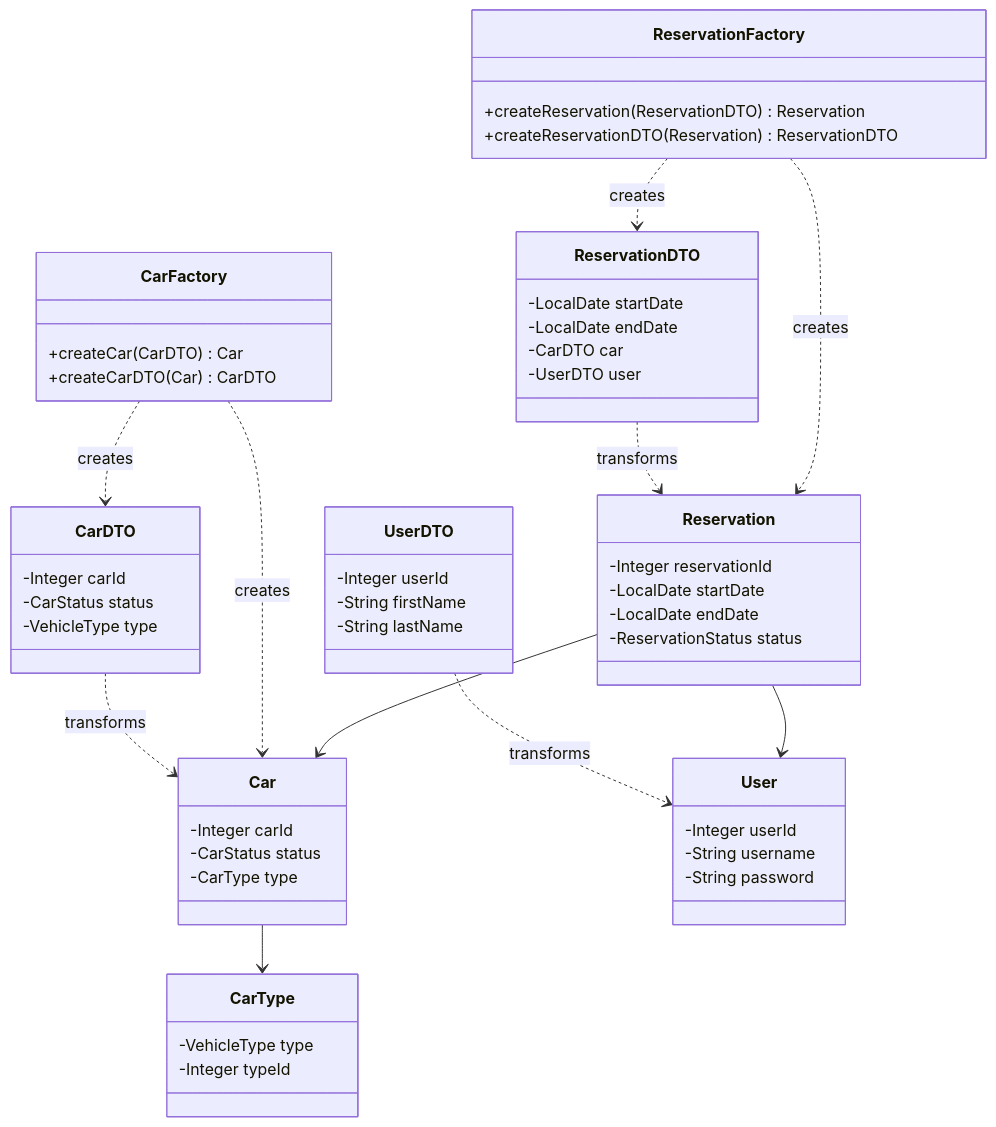
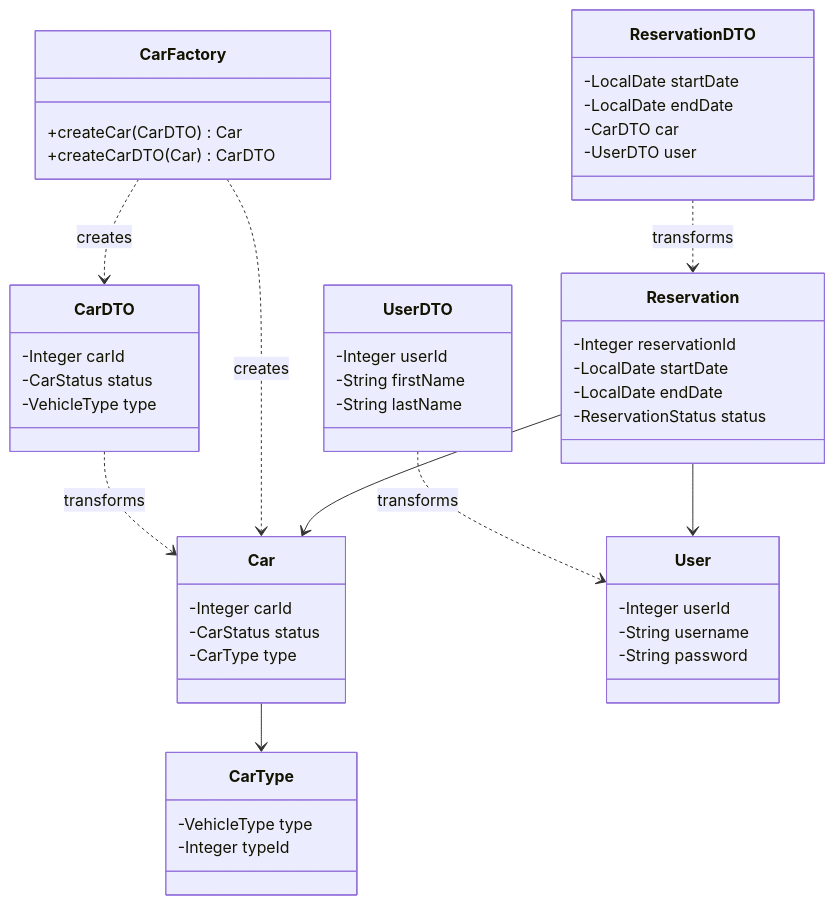
One commit to dmickelson/CarRentalProject changed the diagram in README.md. Above: the diagram before and after it, drawn with Mermaid.

````diff
--- a/README.md
+++ b/README.md
@@ -82,67 +82,61 @@
 ```mermaid
 classDiagram
     %% Core Domain Entities
     class Car {
         -Integer carId
         -CarStatus status
         -CarType type
     }
     class CarType {
         -VehicleType type
         -Integer typeId
     }
     class Reservation {
         -Integer reservationId
         -LocalDate startDate
         -LocalDate endDate
         -ReservationStatus status
     }
     class User {
         -Integer userId
         -String username
         -String password
     }
 
     %% DTOs
     class CarDTO {
         -Integer carId
         -CarStatus status
         -VehicleType type
     }
     class ReservationDTO {
         -LocalDate startDate
         -LocalDate endDate
         -CarDTO car
         -UserDTO user
     }
     class UserDTO {
         -Integer userId
         -String firstName
         -String lastName
     }
 
-    %% Factories
+    %% Factory
     class CarFactory {
         +createCar(CarDTO) Car
         +createCarDTO(Car) CarDTO
-    }
-    class ReservationFactory {
-        +createReservation(ReservationDTO) Reservation
-        +createReservationDTO(Reservation) ReservationDTO
     }
 
     %% Relationships
     Car --> CarType
     Reservation --> Car
     Reservation --> User
 
     CarFactory ..> Car : creates
     CarFactory ..> CarDTO : creates
-    ReservationFactory ..> Reservation : creates
-    ReservationFactory ..> ReservationDTO : creates
 
     CarDTO ..> Car : transforms
     ReservationDTO ..> Reservation : transforms
     UserDTO ..> User : transforms
 
 ```
````
